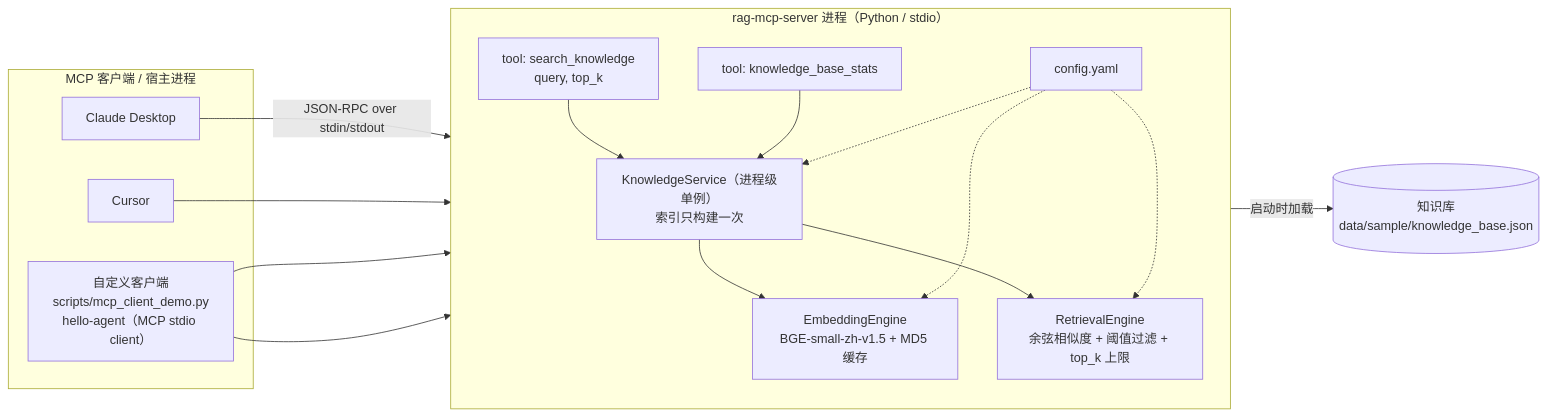
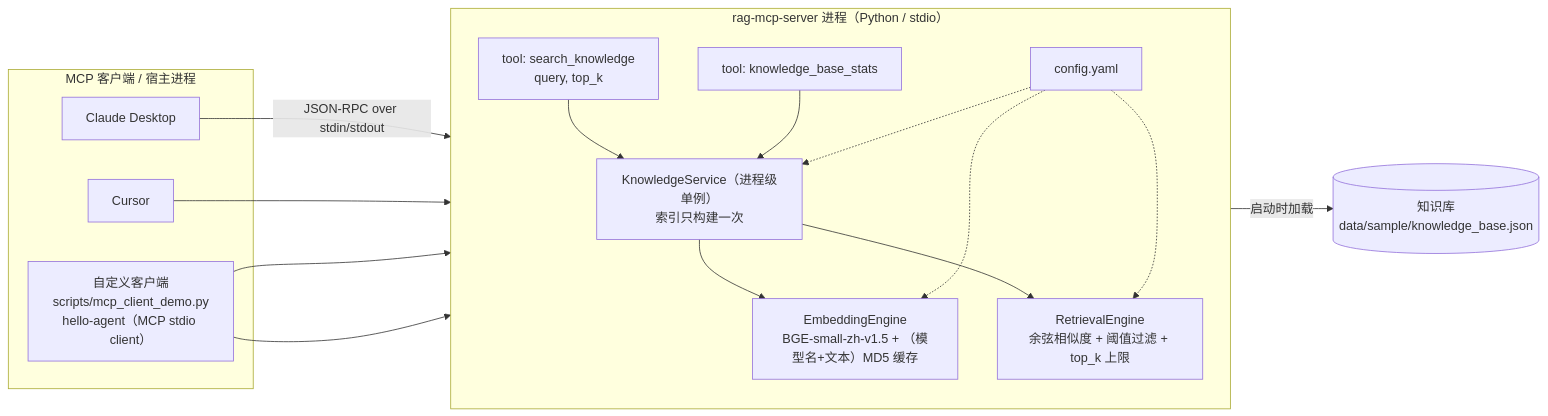
Before and after one commit to world-breaker/rag-mcp-server: the diagram in README.md, drawn with Mermaid. The commit also changed other lines of this file and 11 other files, not shown here.

````diff
--- a/README.md
+++ b/README.md
@@ -45,33 +45,33 @@
 ```mermaid
 flowchart LR
     subgraph Clients["MCP 客户端 / 宿主进程"]
         C1["Claude Desktop"]
         C2["Cursor"]
         C3["自定义客户端<br/>scripts/mcp_client_demo.py<br/>hello-agent（MCP stdio client）"]
     end
 
     subgraph ServerProc["rag-mcp-server 进程（Python / stdio）"]
         direction TB
         T1["tool: search_knowledge<br/>query, top_k"]
         T2["tool: knowledge_base_stats"]
         SVC["KnowledgeService（进程级单例）<br/>索引只构建一次"]
-        EMB["EmbeddingEngine<br/>BGE-small-zh-v1.5 + MD5 缓存"]
+        EMB["EmbeddingEngine<br/>BGE-small-zh-v1.5 + （模型名+文本）MD5 缓存"]
         RET["RetrievalEngine<br/>余弦相似度 + 阈值过滤 + top_k 上限"]
         CFG["config.yaml"]
     end
 
     KB[("知识库<br/>data/sample/knowledge_base.json")]
 
     C1 -- "JSON-RPC over stdin/stdout" --> T1
     C2 --> T1
     C3 --> T1
     C3 --> T2
     T1 --> SVC
     T2 --> SVC
     SVC --> EMB
     SVC --> RET
     SVC -- "启动时加载" --> KB
     CFG -.-> SVC
     CFG -.-> EMB
     CFG -.-> RET
 ```
````
